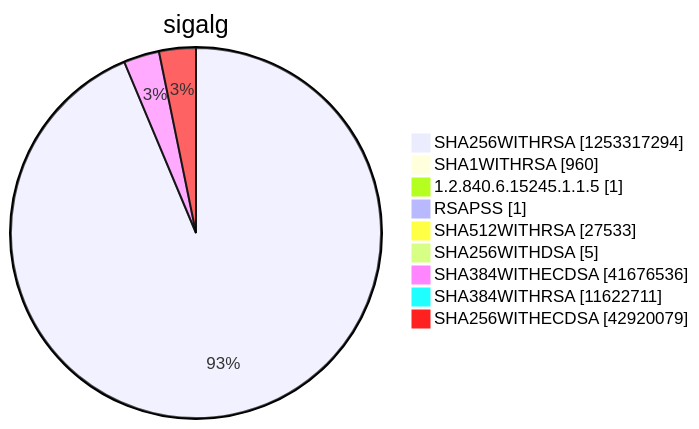
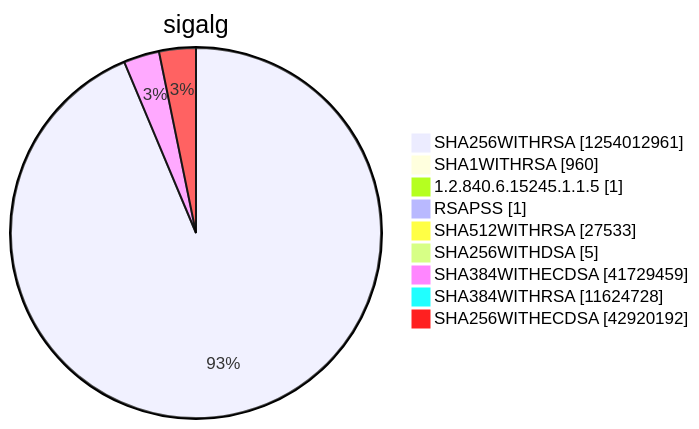
Before and after one commit to christiankrug/ctmonitor_visualization: diagram 15 of 15 in argon2022/README.md, drawn with Mermaid. The commit also changed other lines of this file, not shown here.

````diff
--- a/argon2022/README.md
+++ b/argon2022/README.md
@@ -5522,13 +5522,13 @@
 ```mermaid
 pie showData
 title sigalg
-"SHA256WITHRSA" :1253317294
+"SHA256WITHRSA" :1254012961
 "SHA1WITHRSA" :960
 "1.2.840.6.15245.1.1.5" :1
 "RSAPSS" :1
 "SHA512WITHRSA" :27533
 "SHA256WITHDSA" :5
-"SHA384WITHECDSA" :41676536
-"SHA384WITHRSA" :11622711
-"SHA256WITHECDSA" :42920079
+"SHA384WITHECDSA" :41729459
+"SHA384WITHRSA" :11624728
+"SHA256WITHECDSA" :42920192
 ```
````
